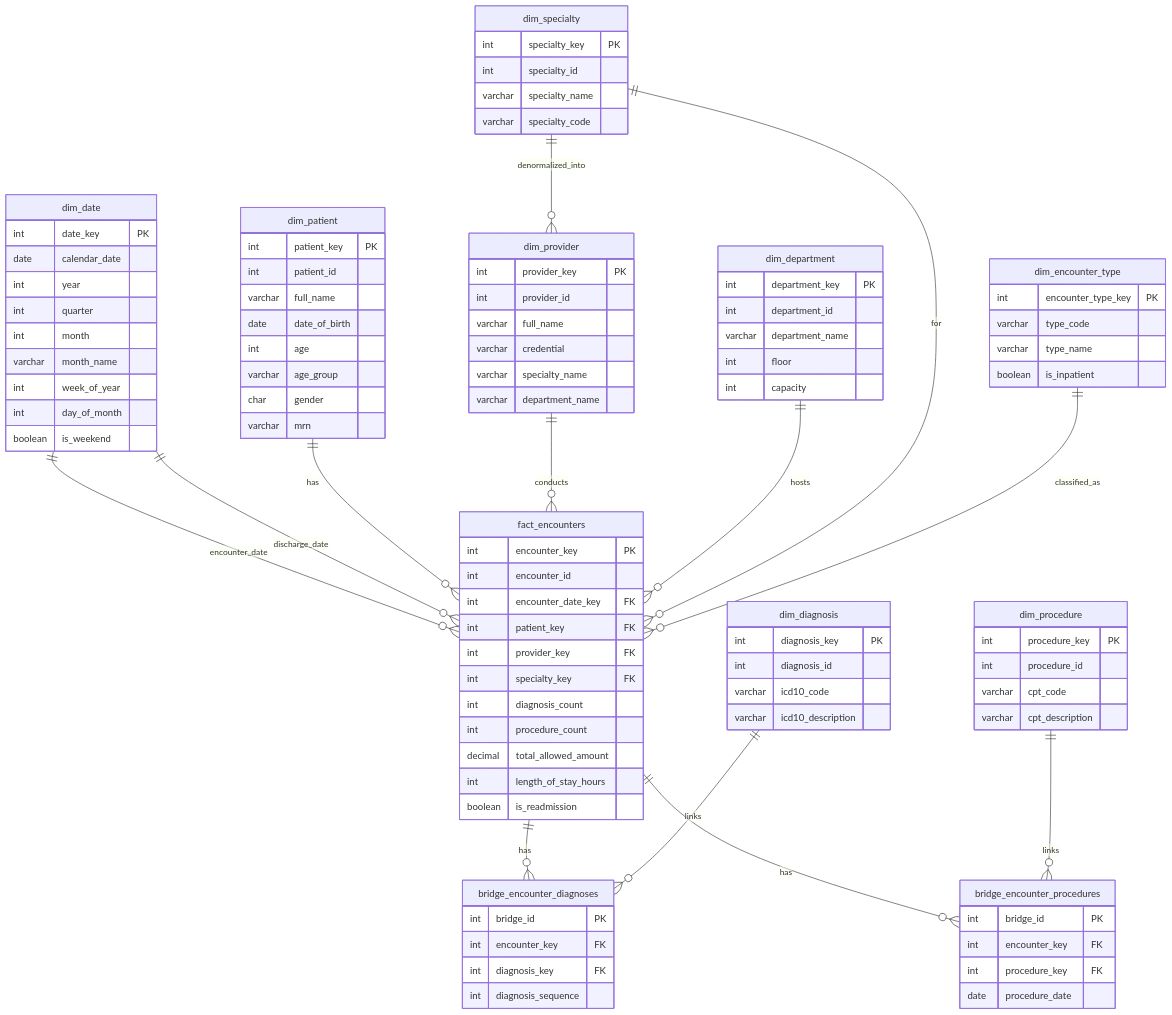
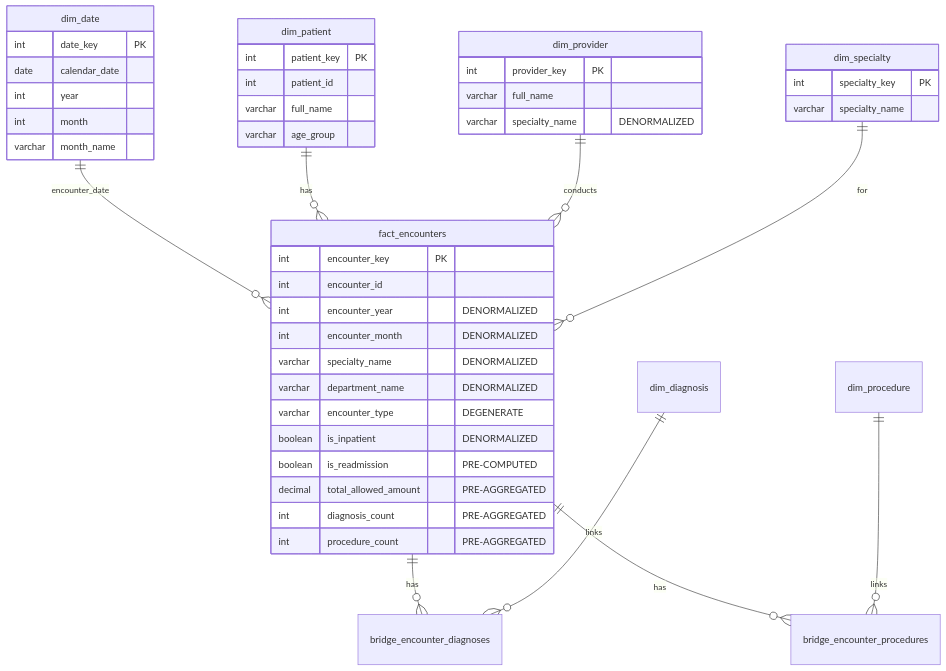
Before and after one commit to evans-ankomah/Healthcare-Analytics-Lab-OLTP-to-Star-Schema: the diagram in olap_schema/description.md, drawn with Mermaid. The commit also changed other lines of this file and 31 other files, not shown here.

Commit message:
Refactored data generation and schemas

````diff
--- a/olap_schema/description.md
+++ b/olap_schema/description.md
@@ -16,114 +23,54 @@
 ```mermaid
 erDiagram
     dim_date ||--o{ fact_encounters : "encounter_date"
-    dim_date ||--o{ fact_encounters : "discharge_date"
     dim_patient ||--o{ fact_encounters : "has"
     dim_provider ||--o{ fact_encounters : "conducts"
-    dim_department ||--o{ fact_encounters : "hosts"
     dim_specialty ||--o{ fact_encounters : "for"
-    dim_encounter_type ||--o{ fact_encounters : "classified_as"
     
     fact_encounters ||--o{ bridge_encounter_diagnoses : "has"
     fact_encounters ||--o{ bridge_encounter_procedures : "has"
     
     dim_diagnosis ||--o{ bridge_encounter_diagnoses : "links"
     dim_procedure ||--o{ bridge_encounter_procedures : "links"
+
+    fact_encounters {
+        int encounter_key PK
+        int encounter_id
+        int encounter_year "DENORMALIZED"
+        int encounter_month "DENORMALIZED"
+        varchar specialty_name "DENORMALIZED"
+        varchar department_name "DENORMALIZED"
+        varchar encounter_type "DEGENERATE"
+        boolean is_inpatient "DENORMALIZED"
+        boolean is_readmission "PRE-COMPUTED"
+        decimal total_allowed_amount "PRE-AGGREGATED"
+        int diagnosis_count "PRE-AGGREGATED"
+        int procedure_count "PRE-AGGREGATED"
+    }
     
-    dim_specialty ||--o{ dim_provider : "denormalized_into"
-
     dim_date {
         int date_key PK
         date calendar_date
         int year
-        int quarter
         int month
         varchar month_name
-        int week_of_year
-        int day_of_month
-        boolean is_weekend
     }
     
     dim_patient {
         int patient_key PK
         int patient_id
         varchar full_name
-        date date_of_birth
-        int age
         varchar age_group
-        char gender
-        varchar mrn
     }
     
     dim_provider {
         int provider_key PK
-        int provider_id
         varchar full_name
-        varchar credential
-        varchar specialty_name
-        varchar department_name
+        varchar specialty_name "DENORMALIZED"
     }
     
     dim_specialty {
         int specialty_key PK
-        int specialty_id
         varchar specialty_name
-        varchar specialty_code
-    }
-    
-    dim_department {
-        int department_key PK
-        int department_id
-        varchar department_name
-        int floor
-        int capacity
-    }
-    
-    dim_encounter_type {
-        int encounter_type_key PK
-        varchar type_code
-        varchar type_name
-        boolean is_inpatient
-    }
-    
-    dim_diagnosis {
-        int diagnosis_key PK
-        int diagnosis_id
-        varchar icd10_code
-        varchar icd10_description
-    }
-    
-    dim_procedure {
-        int procedure_key PK
-        int procedure_id
-        varchar cpt_code
-        varchar cpt_description
-    }
-    
-    fact_encounters {
-        int encounter_key PK
-        int encounter_id
-        int encounter_date_key FK
-        int patient_key FK
-        int provider_key FK
-        int specialty_key FK
-        int diagnosis_count
-        int procedure_count
-        decimal total_allowed_amount
-        int length_of_stay_hours
-        boolean is_readmission
-    }
-    
-    bridge_encounter_diagnoses {
-        int bridge_id PK
-        int encounter_key FK
-        int diagnosis_key FK
-        int diagnosis_sequence
-    }
-    
-    bridge_encounter_procedures {
-        int bridge_id PK
-        int encounter_key FK
-        int procedure_key FK
-        date procedure_date
     }
 ```
````
